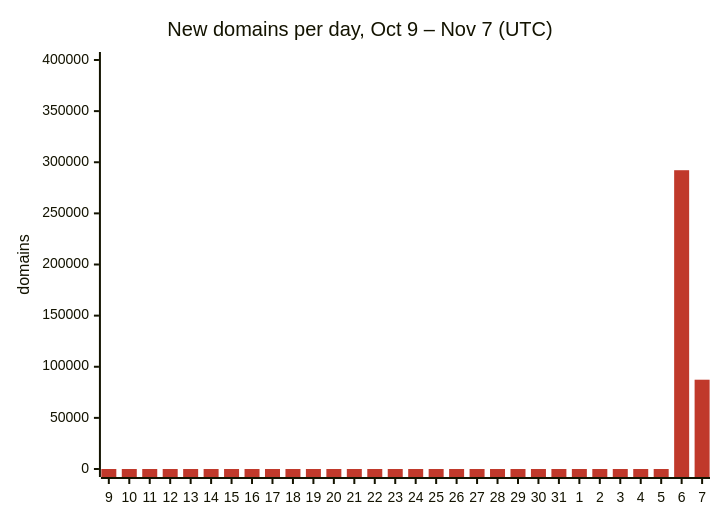
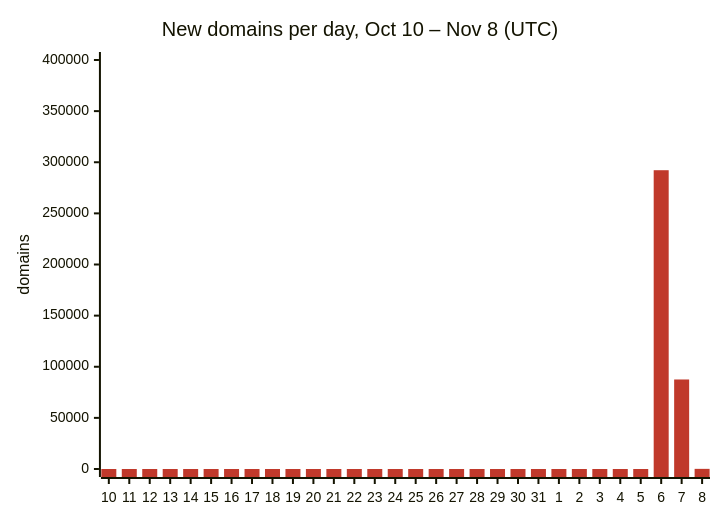
Before and after one commit to DNSBunker/CTI: the first of 3 diagrams in README.md, drawn with Mermaid. The commit also changed other lines of this file and 3 other files, not shown here.

First line of the commit message:
Update 2026-11-08 00:05 UTC: 346579 domains

````diff
--- a/README.md
+++ b/README.md
@@ -29,8 +29,8 @@
 ```mermaid
 %%{init: {"themeVariables": {"xyChart": {"plotColorPalette": "#c0392b"}}}}%%
 xychart-beta
-    title "New domains per day, Oct 9 – Nov 7 (UTC)"
-    x-axis ["9", "10", "11", "12", "13", "14", "15", "16", "17", "18", "19", "20", "21", "22", "23", "24", "25", "26", "27", "28", "29", "30", "31", "1", "2", "3", "4", "5", "6", "7"]
+    title "New domains per day, Oct 10 – Nov 8 (UTC)"
+    x-axis ["10", "11", "12", "13", "14", "15", "16", "17", "18", "19", "20", "21", "22", "23", "24", "25", "26", "27", "28", "29", "30", "31", "1", "2", "3", "4", "5", "6", "7", "8"]
     y-axis "domains" 0 --> 400000
-    bar [0, 0, 0, 0, 0, 0, 0, 0, 0, 0, 0, 0, 0, 0, 0, 0, 0, 0, 0, 0, 0, 0, 0, 0, 0, 0, 0, 0, 292213, 87324]
+    bar [0, 0, 0, 0, 0, 0, 0, 0, 0, 0, 0, 0, 0, 0, 0, 0, 0, 0, 0, 0, 0, 0, 0, 0, 0, 0, 0, 292213, 87546, 138]
 ```
````
